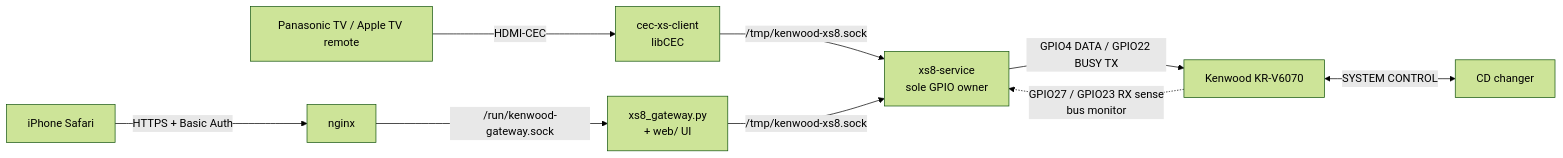
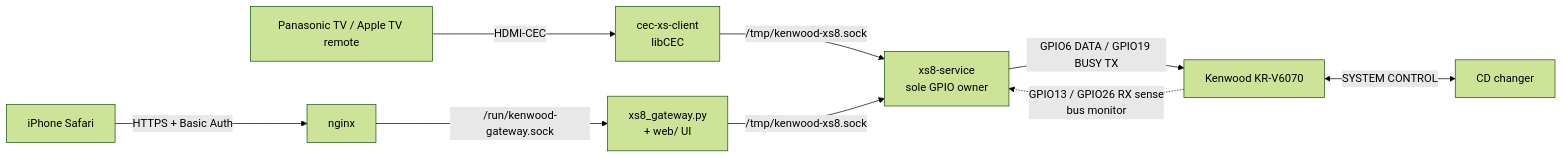
Before and after one commit to serg5z/kenwood-xs-remote: the first of 2 diagrams in docs/architecture.md, drawn with Mermaid (forest theme). The commit also changed 31 other files, not shown here.

````diff
--- a/docs/architecture.md
+++ b/docs/architecture.md
@@ -7,11 +7,11 @@
 ```mermaid
 flowchart LR
     R[Panasonic TV / Apple TV remote] -->|HDMI-CEC| C[cec-xs-client<br/>libCEC]
     I[iPhone Safari] -->|HTTPS + Basic Auth| N[nginx]
     N -->|/run/kenwood-gateway.sock| G[xs8_gateway.py<br/>+ web/ UI]
     C -->|/tmp/kenwood-xs8.sock| S[xs8-service<br/>sole GPIO owner]
     G -->|/tmp/kenwood-xs8.sock| S
-    S -->|GPIO4 DATA / GPIO22 BUSY TX| K[Kenwood KR-V6070]
-    K -.->|GPIO27 / GPIO23 RX sense<br/>bus monitor| S
+    S -->|GPIO6 DATA / GPIO19 BUSY TX| K[Kenwood KR-V6070]
+    K -.->|GPIO13 / GPIO26 RX sense<br/>bus monitor| S
     K <-->|SYSTEM CONTROL| D[CD changer]
 ```
````
